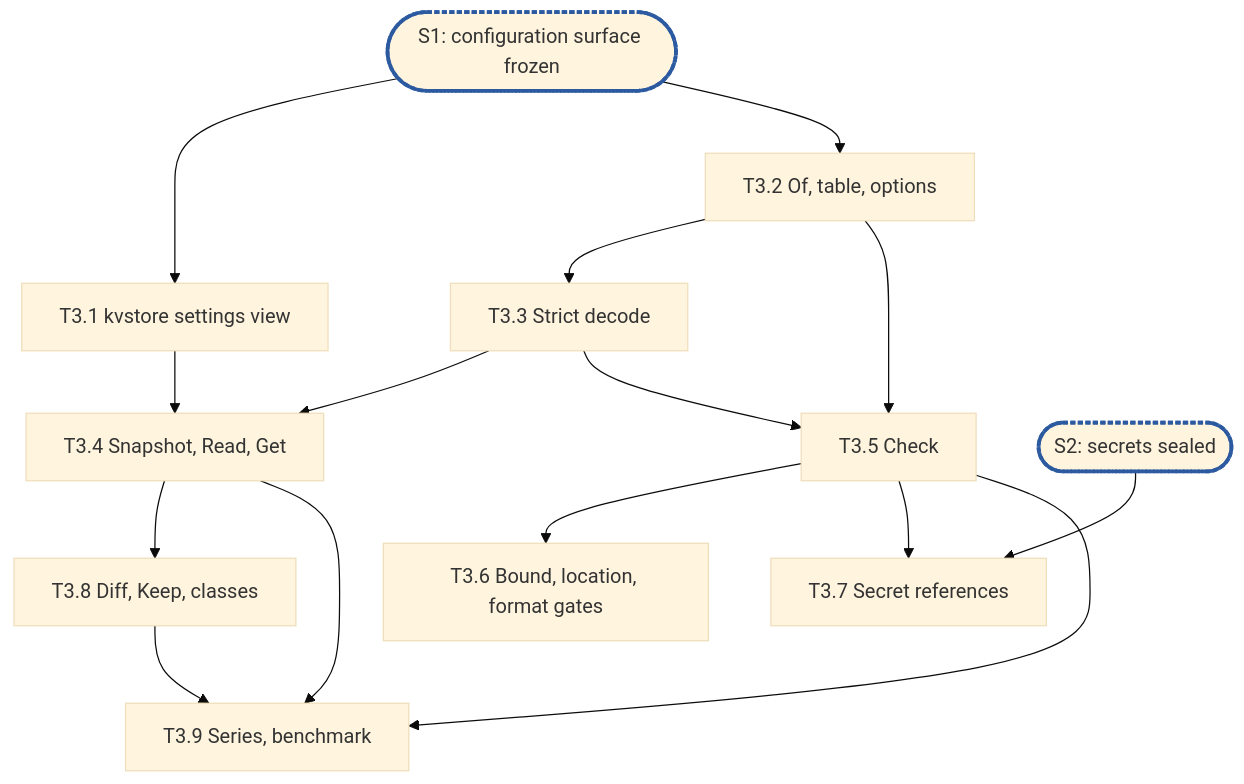
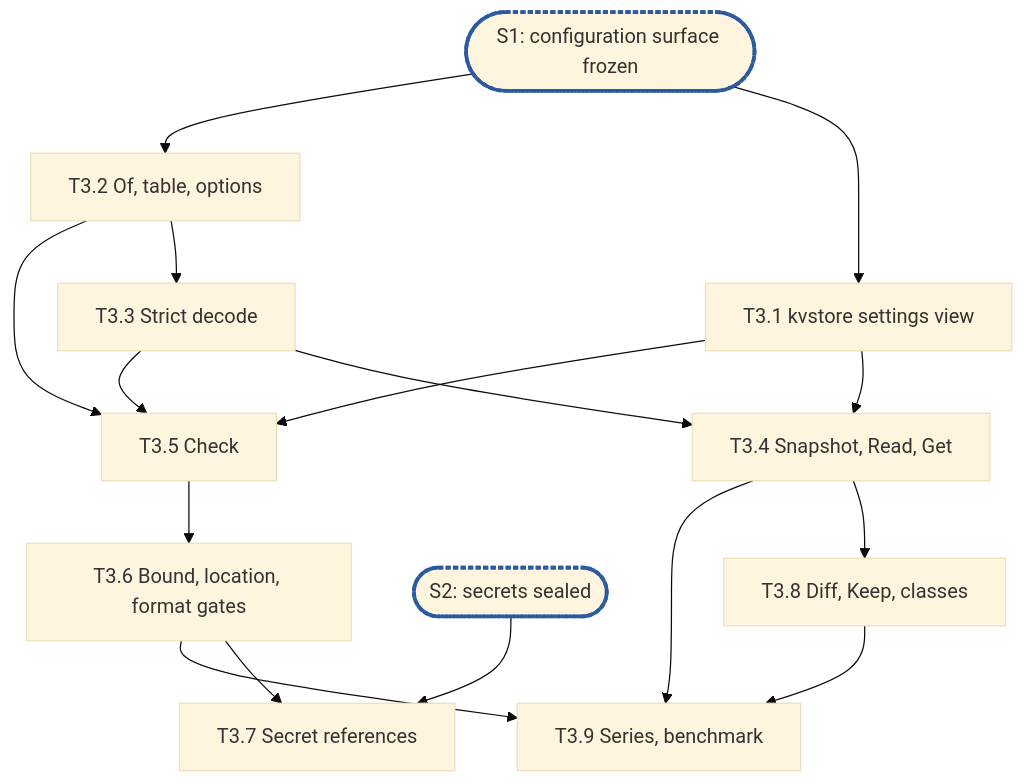
One commit to cubbit/dittofs changed the diagram in docs/internals/planning/rfc-13-config-epic3.md. Above: the diagram before and after it, drawn with Mermaid (base theme). The commit also changed other lines of this file, not shown here.

````diff
--- a/docs/internals/planning/rfc-13-config-epic3.md
+++ b/docs/internals/planning/rfc-13-config-epic3.md
@@ -381,14 +427,14 @@
 ```mermaid
 flowchart TD
   S1(["S1: configuration surface frozen"]):::sync --> T3_1["T3.1 kvstore settings view"]
   S1 --> T3_2["T3.2 Of, table, options"]
   T3_2 --> T3_3["T3.3 Strict decode"]
   T3_1 & T3_3 --> T3_4["T3.4 Snapshot, Read, Get"]
-  T3_2 & T3_3 --> T3_5["T3.5 Check"]
+  T3_1 & T3_2 & T3_3 --> T3_5["T3.5 Check"]
   T3_5 --> T3_6["T3.6 Bound, location, format gates"]
   S2(["S2: secrets sealed"]):::sync --> T3_7["T3.7 Secret references"]
-  T3_5 --> T3_7
+  T3_6 --> T3_7
   T3_4 --> T3_8["T3.8 Diff, Keep, classes"]
-  T3_4 & T3_5 & T3_8 --> T3_9["T3.9 Series, benchmark"]
+  T3_4 & T3_6 & T3_8 --> T3_9["T3.9 Series, benchmark"]
   classDef sync stroke:#2c5aa0,stroke-width:3px,stroke-dasharray:4 2
 ```
````
